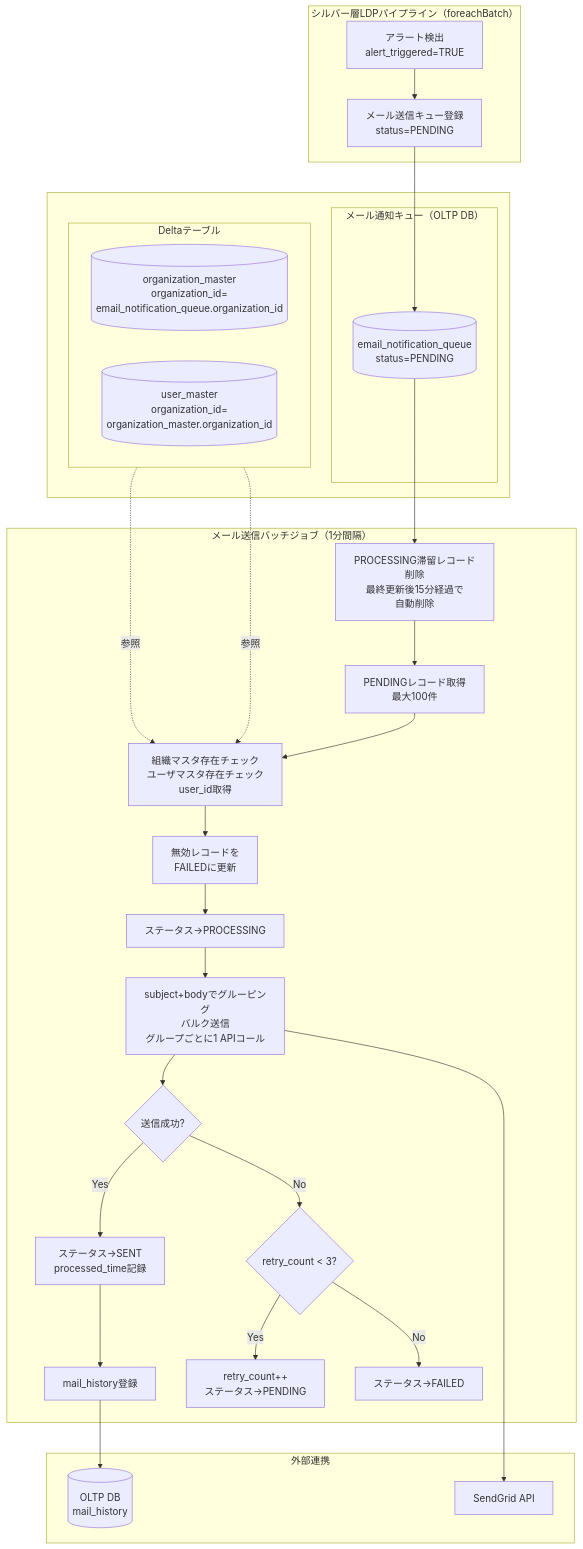
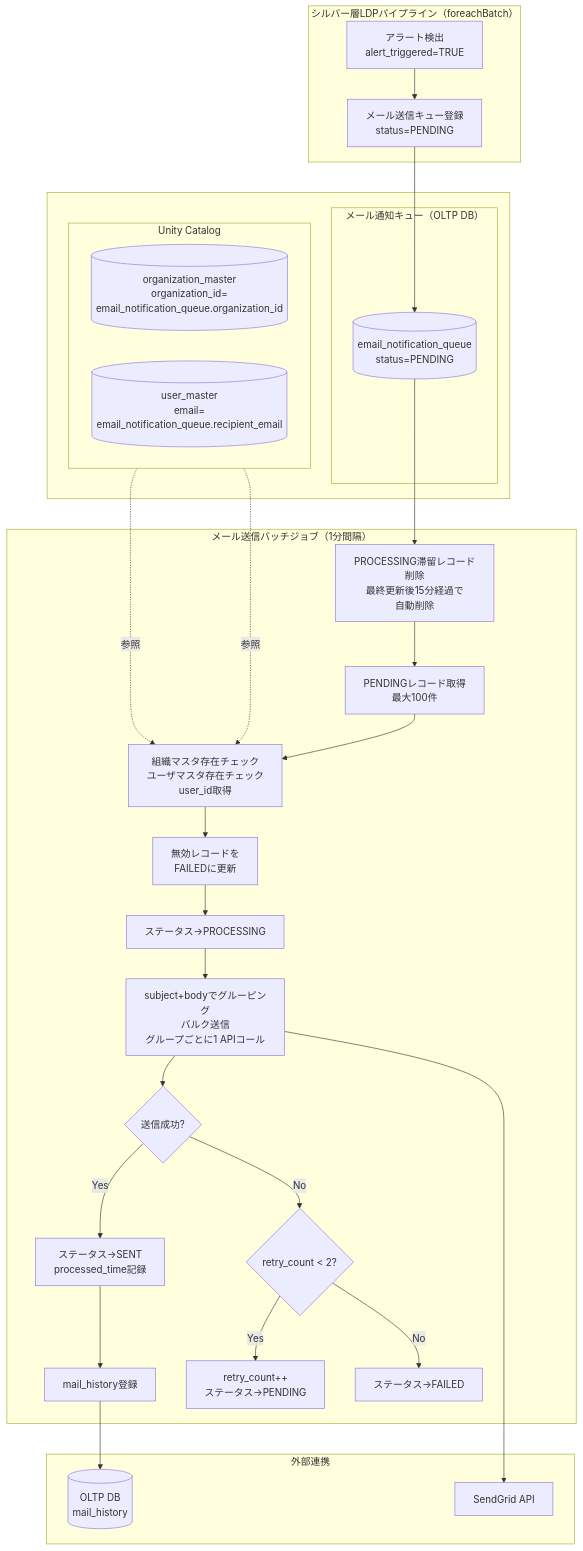
The first of 2 diagrams in docs/03-features/batch/scheduled-email-job/README.md (NSW-SVCP-AIWG002/Databricks-IoT), drawn with Mermaid before and after one commit. The commit also changed other lines of this file and 1 other file, not shown here.

````diff
--- a/docs/03-features/batch/scheduled-email-job/README.md
+++ b/docs/03-features/batch/scheduled-email-job/README.md
@@ -154,59 +154,59 @@
 ```mermaid
 flowchart TB
     subgraph Silver["シルバー層LDPパイプライン（foreachBatch）"]
         AlertDetect[アラート検出<br>alert_triggered=TRUE]
         QueueInsert[メール送信キュー登録<br>status=PENDING]
         AlertDetect --> QueueInsert
     end
 
     subgraph  
         subgraph Queue["メール通知キュー（OLTP DB）"]
             PendingRecord[(email_notification_queue<br>status=PENDING)]
             QueueInsert --> PendingRecord
         end
 
-        subgraph DLTTBL["Deltaテーブル"]
+        subgraph DLTTBL["Unity Catalog"]
             direction LR
             OrganizationMaster[(organization_master<br>organization_id=<br>email_notification_queue.organization_id)]
-            UserMaster[(user_master<br>organization_id=<br>organization_master.organization_id)]
+            UserMaster[(user_master<br>email=<br>email_notification_queue.recipient_email)]
         end
     end
 
     subgraph Batch["メール送信バッチジョブ（1分間隔）"]
         Recovery[PROCESSING滞留レコード削除<br>最終更新後15分経過で<br>自動削除]
         Fetch[PENDINGレコード取得<br>最大100件]
         MasterCheck[組織マスタ存在チェック<br>ユーザマスタ存在チェック<br>user_id取得]
         InvalidFailed[無効レコードを<br>FAILEDに更新]
         UpdateProcessing[ステータス→PROCESSING]
         BulkSend[subject+bodyでグルーピング<br>バルク送信<br>グループごとに1 APIコール]
         Success{送信成功?}
         UpdateSent[ステータス→SENT<br>processed_time記録]
-        CheckRetry{retry_count < 3?}
+        CheckRetry{retry_count < 2?}
         UpdatePending[retry_count++<br>ステータス→PENDING]
         UpdateFailed[ステータス→FAILED]
         RecordHistory[mail_history登録]
 
         Recovery --> Fetch
         Fetch --> MasterCheck
         MasterCheck --> InvalidFailed
         InvalidFailed --> UpdateProcessing
         UpdateProcessing --> BulkSend
         BulkSend --> Success
         Success -->|Yes| UpdateSent
         Success -->|No| CheckRetry
         CheckRetry -->|Yes| UpdatePending
         CheckRetry -->|No| UpdateFailed
         UpdateSent --> RecordHistory
     end
 
     subgraph External["外部連携"]
         SendGrid[SendGrid API]
         MailHistory[(OLTP DB<br>mail_history)]
         BulkSend --> SendGrid
         RecordHistory --> MailHistory
     end
 
     PendingRecord --> Recovery
     OrganizationMaster -.->|参照| MasterCheck
     UserMaster -.->|参照| MasterCheck
 ```
````
